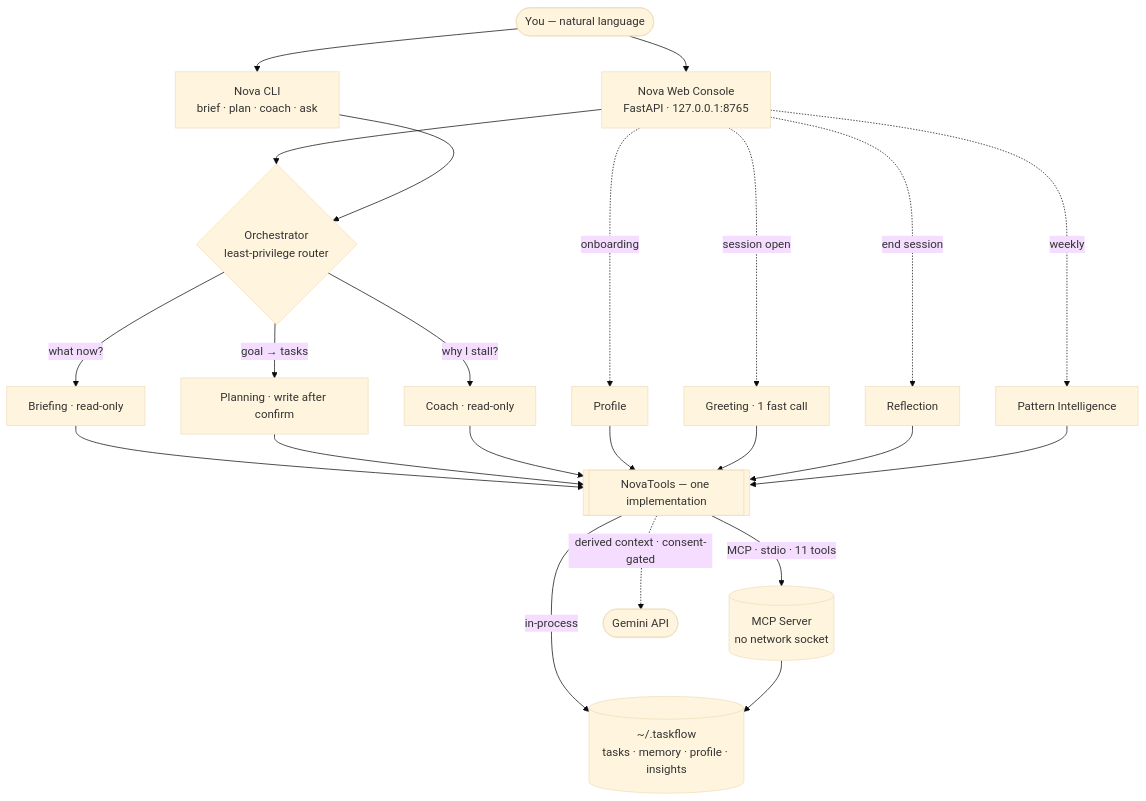
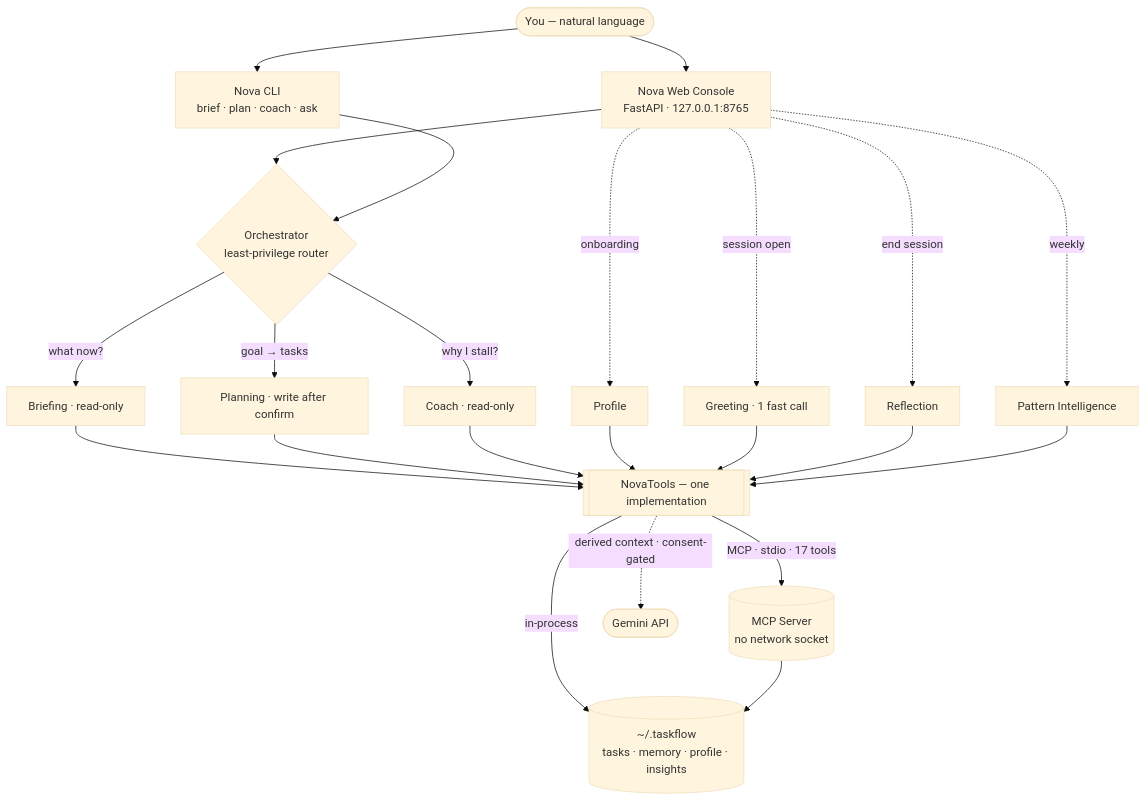
The diagram in README.md (Mohith535/Nova-agentic-layer-over-taskflow), drawn with Mermaid (base theme) before and after one commit. The commit also changed other lines of this file and 19 other files, not shown here.

````diff
--- a/README.md
+++ b/README.md
@@ -269,34 +285,34 @@
 ```mermaid
 flowchart TD
     U(["You — natural language"])
     U --> WEB["Nova Web Console<br/>FastAPI · 127.0.0.1:8765"]
     U --> CLI["Nova CLI<br/>brief · plan · coach · ask"]
     WEB --> ORCH
     CLI --> ORCH
 
     ORCH{"Orchestrator<br/>least-privilege router"}
     ORCH -->|"what now?"| BRIEF["Briefing · read-only"]
     ORCH -->|"goal → tasks"| PLAN["Planning · write after confirm"]
     ORCH -->|"why I stall?"| COACH["Coach · read-only"]
 
     WEB -.->|onboarding| PROF["Profile"]
     WEB -.->|session open| GREET["Greeting · 1 fast call"]
     WEB -.->|end session| REFL["Reflection"]
     WEB -.->|weekly| PATT["Pattern Intelligence"]
 
     BRIEF --> TOOLS
     PLAN --> TOOLS
     COACH --> TOOLS
     PROF --> TOOLS
     GREET --> TOOLS
     REFL --> TOOLS
     PATT --> TOOLS
 
     TOOLS[["NovaTools — one implementation"]]
     TOOLS -->|in-process| DATA
-    TOOLS -->|"MCP · stdio · 11 tools"| MCPS[("MCP Server<br/>no network socket")]
+    TOOLS -->|"MCP · stdio · 17 tools"| MCPS[("MCP Server<br/>no network socket")]
     MCPS --> DATA
 
     DATA[("~/.taskflow<br/>tasks · memory · profile · insights")]
     TOOLS -.->|"derived context · consent-gated"| GEM(["Gemini API"])
 ```
````
